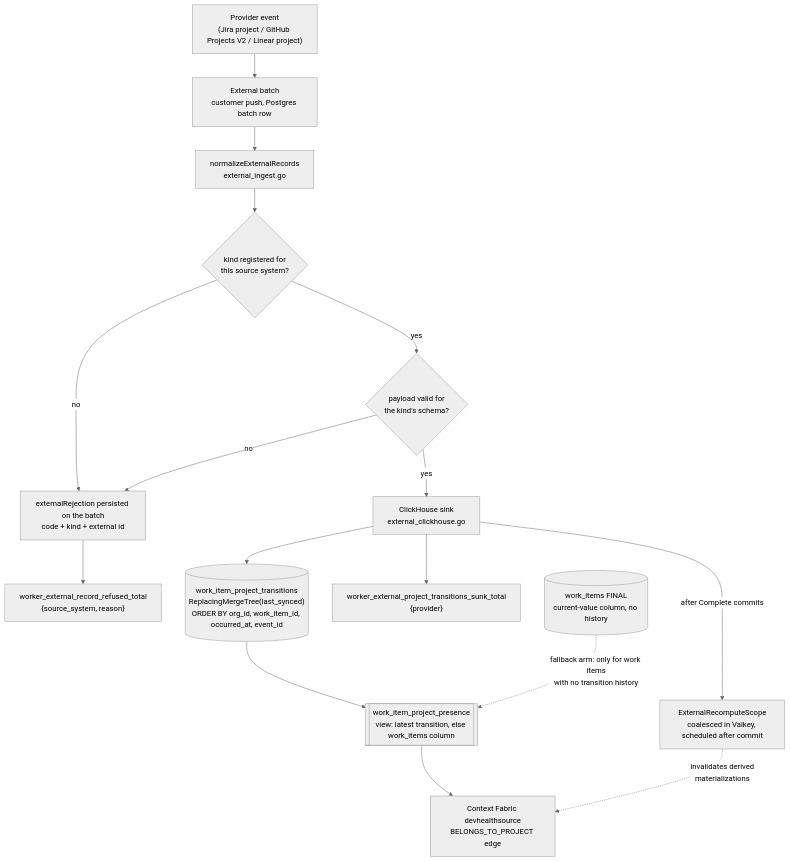
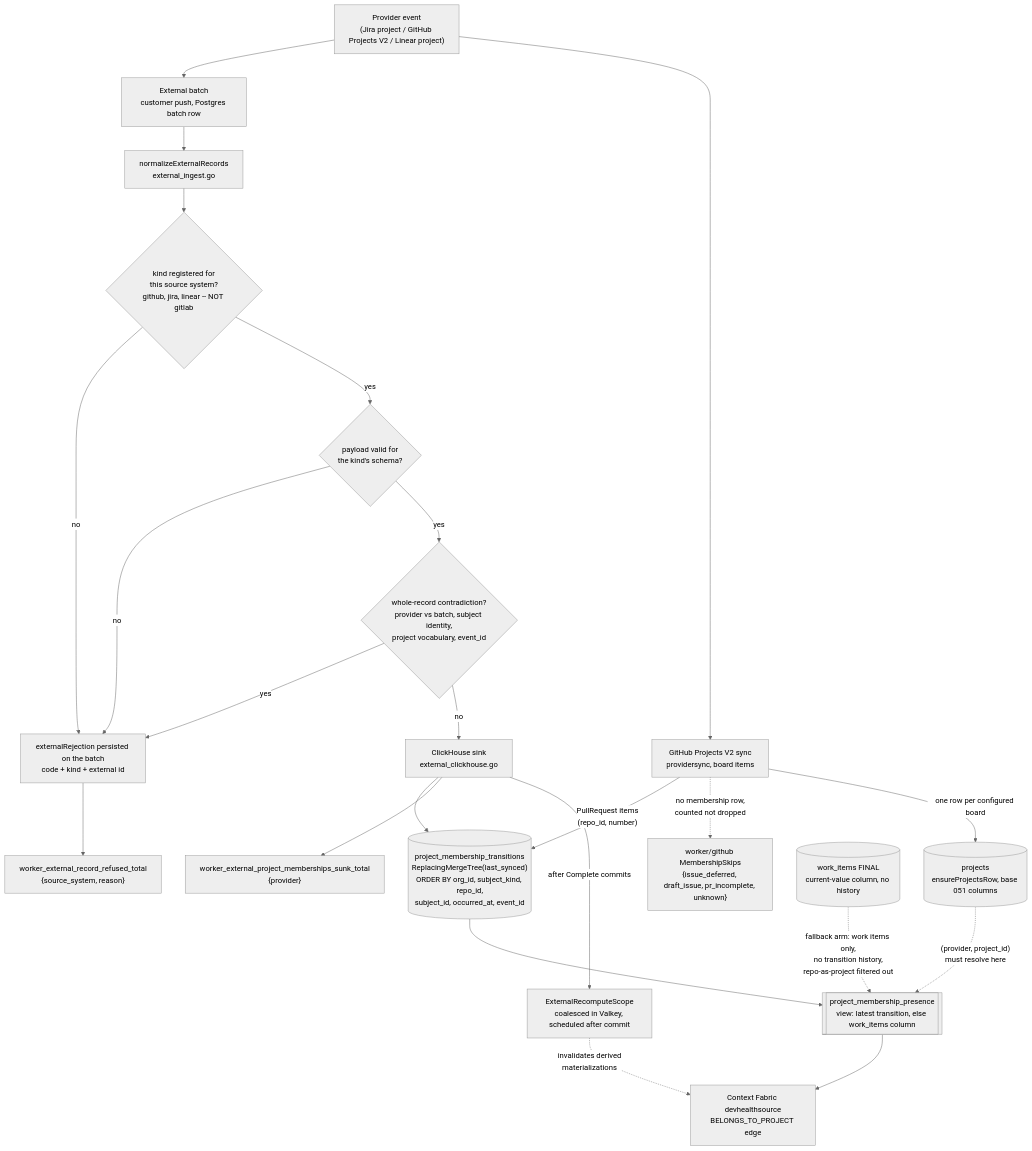
Before and after one commit to full-chaos/dev-health-ops: the first of 2 diagrams in docs/contribute/architecture/data-and-storage.md, drawn with Mermaid (neutral theme). The commit also changed other lines of this file, not shown here.

First line of the commit message:
Redraw the project pathway now that pull requests are on it

````diff
--- a/docs/contribute/architecture/data-and-storage.md
+++ b/docs/contribute/architecture/data-and-storage.md
@@ -99,32 +102,43 @@
 ```mermaid
 flowchart TD
     P["Provider event<br/>(Jira project / GitHub Projects V2 / Linear project)"]
+    G["GitHub Projects V2 sync<br/>providersync, board items"]
+    GS["worker/github MembershipSkips<br/>{issue_deferred, draft_issue, pr_incomplete, unknown}"]
+    PJ[("projects<br/>ensureProjectsRow, base 051 columns")]
     B["External batch<br/>customer push, Postgres batch row"]
     N["normalizeExternalRecords<br/>external_ingest.go"]
-    K{"kind registered for<br/>this source system?"}
+    K{"kind registered for<br/>this source system?<br/>github, jira, linear -- NOT gitlab"}
     V{"payload valid for<br/>the kind's schema?"}
+    C{"whole-record contradiction?<br/>provider vs batch, subject identity,<br/>project vocabulary, event_id"}
     R["externalRejection persisted on the batch<br/>code + kind + external id"]
     M["worker_external_record_refused_total<br/>{source_system, reason}"]
     S["ClickHouse sink<br/>external_clickhouse.go"]
-    T[("work_item_project_transitions<br/>ReplacingMergeTree(last_synced)<br/>ORDER BY org_id, work_item_id, occurred_at, event_id")]
-    MS["worker_external_project_transitions_sunk_total<br/>{provider}"]
-    PR[["work_item_project_presence<br/>view: latest transition, else work_items column"]]
+    T[("project_membership_transitions<br/>ReplacingMergeTree(last_synced)<br/>ORDER BY org_id, subject_kind, repo_id,<br/>subject_id, occurred_at, event_id")]
+    MS["worker_external_project_memberships_sunk_total<br/>{provider}"]
+    PR[["project_membership_presence<br/>view: latest transition, else work_items column"]]
     W[("work_items FINAL<br/>current-value column, no history")]
     CF["Context Fabric devhealthsource<br/>BELONGS_TO_PROJECT edge"]
     RC["ExternalRecomputeScope<br/>coalesced in Valkey, scheduled after commit"]
 
     P --> B --> N
+    P --> G
+    G -- "PullRequest items<br/>(repo_id, number)" --> T
+    G -. "no membership row,<br/>counted not dropped" .-> GS
+    G -- "one row per configured board" --> PJ
     N --> K
     K -- "no" --> R
     K -- "yes" --> V
     V -- "no" --> R
-    V -- "yes" --> S
+    V -- "yes" --> C
+    C -- "yes" --> R
+    C -- "no" --> S
     R --> M
     S --> T
     S --> MS
     T --> PR
-    W -. "fallback arm: only for work items<br/>with no transition history" .-> PR
+    W -. "fallback arm: work items only,<br/>no transition history,<br/>repo-as-project filtered out" .-> PR
+    PJ -. "(provider, project_id)<br/>must resolve here" .-> PR
     PR --> CF
     S -- "after Complete commits" --> RC
     RC -. "invalidates derived<br/>materializations" .-> CF
 ```
````
